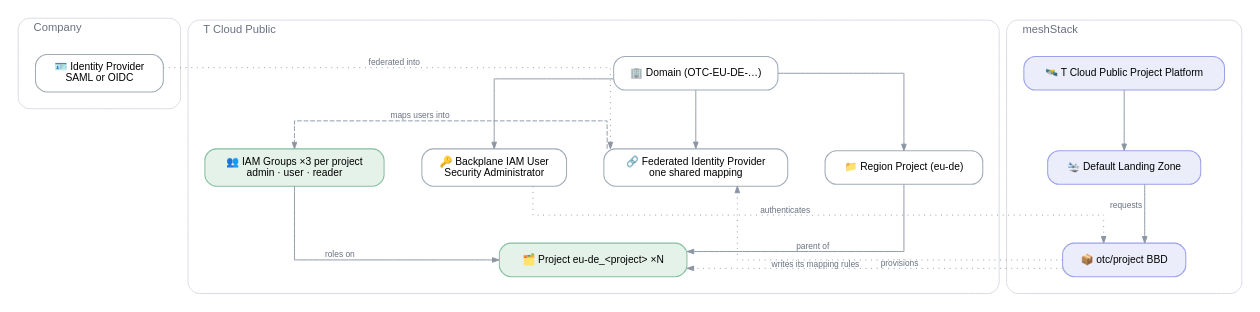
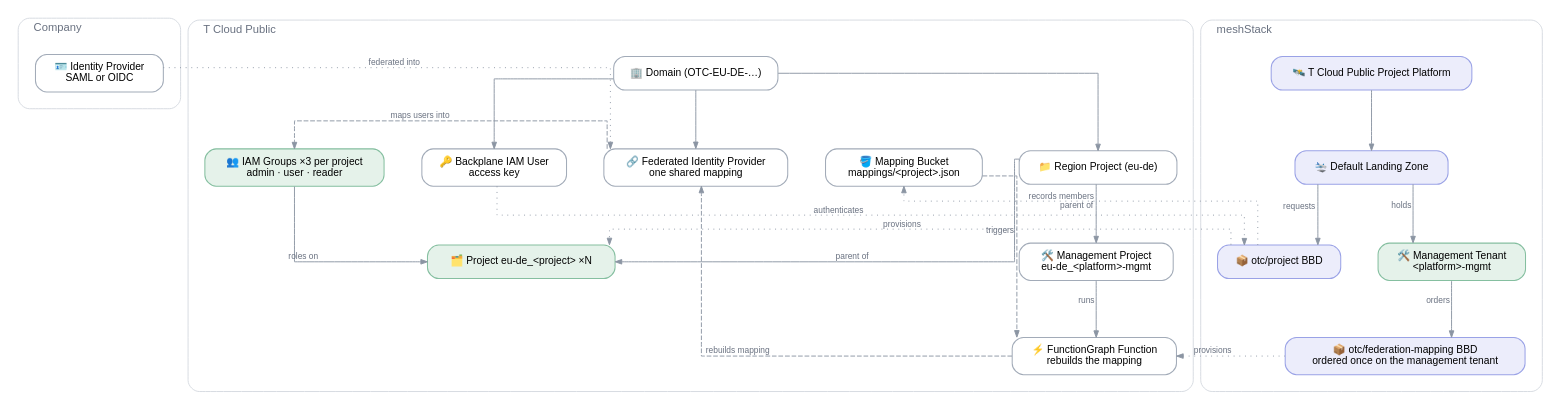
The diagram in reference-architectures/otc-landingzone/otc-landingzone.dot (meshcloud/meshstack-hub), drawn with Graphviz before and after one commit. The commit also changed 25 other files, not shown here.

First line of the commit message:
feat(otc): management project and federation mapping function

```diff
--- a/reference-architectures/otc-landingzone/otc-landingzone.dot
+++ b/reference-architectures/otc-landingzone/otc-landingzone.dot
@@ -1,70 +1,82 @@
 /*
  * T Cloud Public Landing Zone reference architecture.
  * Conventions: .agents/references/diagrams.md — render with: task diagrams
  */
 digraph otc_landingzone {
   rankdir=TB
   splines=ortho
   forcelabels=true
   bgcolor="white"
   nodesep=0.55
   ranksep=0.85
 
   node [shape=box style="rounded,filled" fontname="Helvetica" fontsize=11
         fillcolor="#ffffff" color="#a2abb8" penwidth=1.1 margin="0.20,0.11"]
   edge [fontname="Helvetica" fontsize=9 fontcolor="#697180" color="#8b95a3" arrowsize=0.7]
 
   subgraph cluster_idp {
     label="  Company"
     labeljust=l
     fontname="Helvetica" fontsize=12 fontcolor="#697180"
     style="rounded" color="#d5dae0"
     margin=18
 
     IDP [label="🪪 Identity Provider\nSAML or OIDC" fillcolor="#ffffff" color="#a2abb8"]
   }
 
   subgraph cluster_otc {
     label="  T Cloud Public"
     labeljust=l
     fontname="Helvetica" fontsize=12 fontcolor="#697180"
     style="rounded" color="#d5dae0"
     margin=18
 
     DOMAIN  [label="🏢 Domain (OTC-EU-DE-…)" fillcolor="#ffffff" color="#a2abb8"]
-    BPUSER  [label="🔑 Backplane IAM User\nSecurity Administrator" fillcolor="#ffffff" color="#a2abb8"]
+    BPUSER  [label="🔑 Backplane IAM User\naccess key" fillcolor="#ffffff" color="#a2abb8"]
     FED     [label="🔗 Federated Identity Provider\none shared mapping" fillcolor="#ffffff" color="#a2abb8"]
+    BUCKET  [label="🪣 Mapping Bucket\nmappings/<project>.json" fillcolor="#ffffff" color="#a2abb8"]
+    MGMT    [label="🛠️ Management Project\neu-de_<platform>-mgmt" fillcolor="#ffffff" color="#a2abb8"]
+    FUNC    [label="⚡ FunctionGraph Function\nrebuilds the mapping" fillcolor="#ffffff" color="#a2abb8"]
     REGION  [label="📁 Region Project (eu-de)" fillcolor="#ffffff" color="#a2abb8"]
     PRJ     [label="🗂️ Project eu-de_<project> ×N" fillcolor="#e5f2ea" color="#85bfa0"]
     GROUPS  [label="👥 IAM Groups ×3 per project\nadmin · user · reader" fillcolor="#e5f2ea" color="#85bfa0"]
 
-    { rank=same; BPUSER -> FED -> REGION [style=invis] }
+    { rank=same; BPUSER -> FED -> BUCKET -> REGION [style=invis] }
 
     DOMAIN -> BPUSER
     DOMAIN -> FED
     DOMAIN -> REGION
     REGION -> PRJ    [xlabel="parent of"]
+    REGION -> MGMT   [xlabel="parent of"]
+    MGMT   -> FUNC   [xlabel="runs"]
     GROUPS -> PRJ    [xlabel="roles on"]
+    BUCKET -> FUNC   [xlabel="triggers" style=dashed constraint=false]
+    FUNC   -> FED    [xlabel="rebuilds mapping" style=dashed constraint=false]
     FED    -> GROUPS [xlabel="maps users into" style=dashed constraint=false]
   }
 
   subgraph cluster_mesh {
     label="  meshStack"
     labeljust=l
     fontname="Helvetica" fontsize=12 fontcolor="#697180"
     style="rounded" color="#d5dae0"
     margin=18
 
     PLAT   [label="🛰️ T Cloud Public Project Platform" fillcolor="#ecedfb" color="#9aa2e6"]
     LZ     [label="🛬 Default Landing Zone" fillcolor="#ecedfb" color="#9aa2e6"]
     PRJBBD [label="📦 otc/project BBD" fillcolor="#ecedfb" color="#9aa2e6"]
+    MGMTT  [label="🛠️ Management Tenant\n<platform>-mgmt" fillcolor="#e5f2ea" color="#85bfa0"]
+    FMBBD  [label="📦 otc/federation-mapping BBD\nordered once on the management tenant" fillcolor="#ecedfb" color="#9aa2e6"]
 
-    PLAT -> LZ
-    LZ   -> PRJBBD [xlabel="requests"]
+    PLAT  -> LZ
+    LZ    -> PRJBBD [xlabel="requests"]
+    LZ    -> MGMTT  [xlabel="holds"]
+    MGMTT -> FMBBD  [xlabel="orders"]
   }
 
   IDP    -> FED    [xlabel="federated into" style=dotted constraint=false]
   BPUSER -> PRJBBD [xlabel="authenticates" style=dotted constraint=false]
   PRJBBD -> PRJ    [xlabel="provisions" style=dotted constraint=false]
-  PRJBBD -> FED    [xlabel="writes its mapping rules" style=dotted constraint=false]
+  PRJBBD -> BUCKET [xlabel="records members" style=dotted constraint=false]
+  FMBBD  -> FUNC   [xlabel="provisions" style=dotted constraint=false]
 }
```
